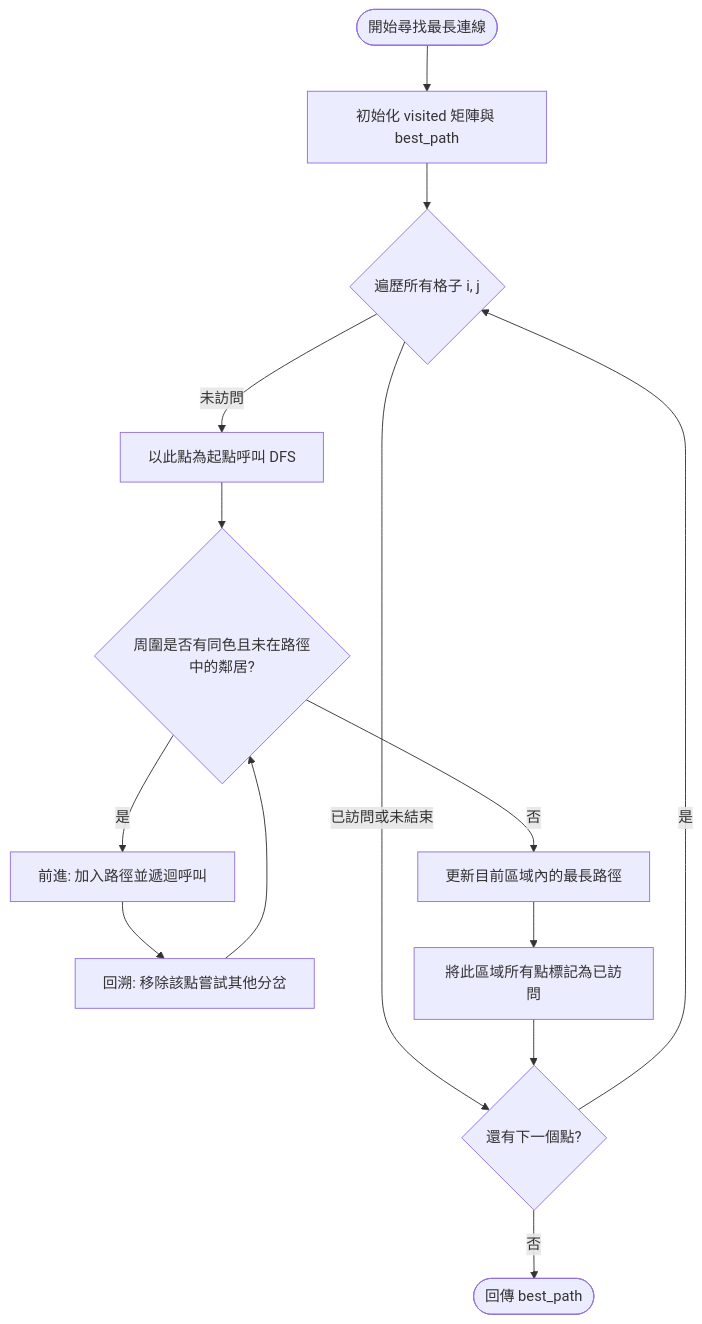
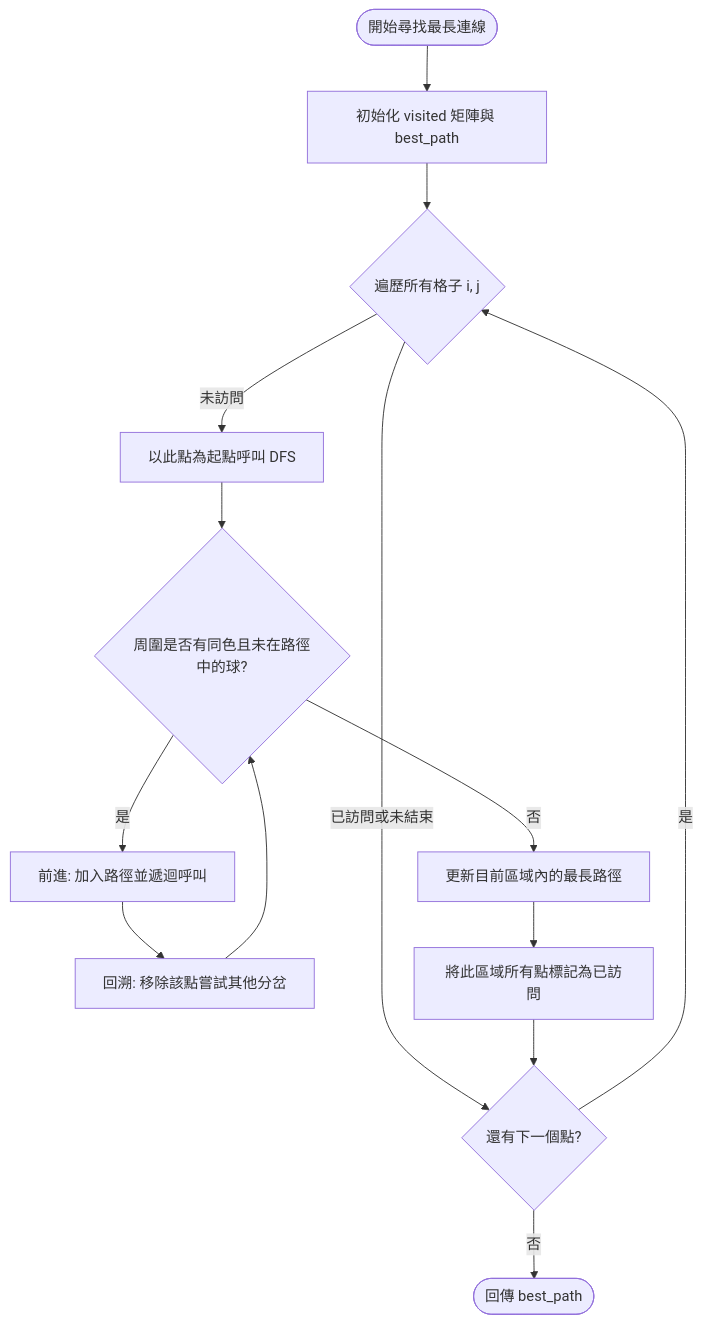
Before and after one commit to Yoyo-ace1110/Collect-Em-All: the second of 2 diagrams in 流程圖.md, drawn with Mermaid.

Commit message:
修正流程圖.md

````diff
--- a/流程圖.md
+++ b/流程圖.md
@@ -26,20 +26,20 @@
 ```mermaid
 flowchart TD
     Start([開始尋找最長連線]) --> Init[初始化 visited 矩陣與 best_path]
     Init --> LoopStart{遍歷所有格子 i, j}
     
     LoopStart -- 已訪問或未結束 --> Next{還有下一個點?}
     Next -- 是 --> LoopStart
     Next -- 否 --> End([回傳 best_path])
     
     LoopStart -- 未訪問 --> CallDFS[以此點為起點呼叫 DFS]
-    CallDFS --> DFSCheck{周圍是否有同色且未在路徑中的鄰居?}
+    CallDFS --> DFSCheck{周圍是否有同色且未在路徑中的球?}
     
     DFSCheck -- 是 --> Forward[前進: 加入路徑並遞迴呼叫]
     Forward --> Backtrack[回溯: 移除該點嘗試其他分岔]
     Backtrack --> DFSCheck
     
     DFSCheck -- 否 --> Compare[更新目前區域內的最長路徑]
     Compare --> MarkVisited[將此區域所有點標記為已訪問]
     MarkVisited --> Next
 ```
````
